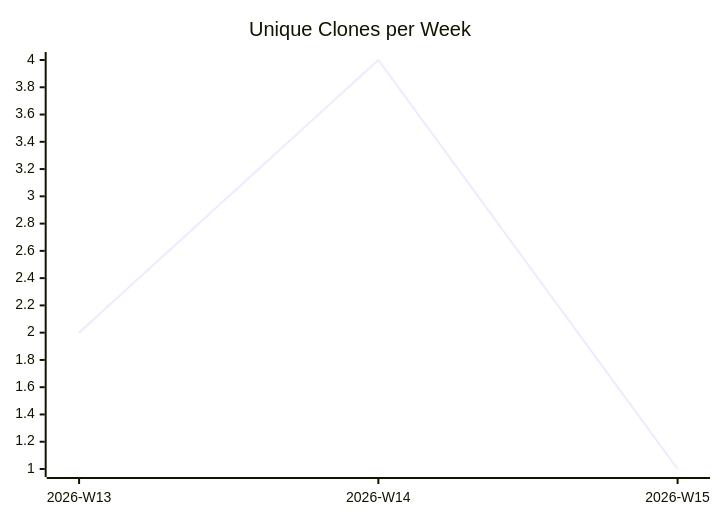
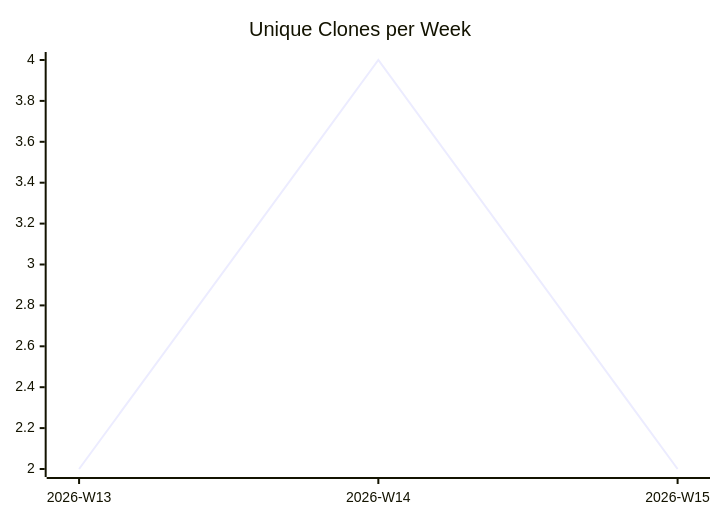
The third of 3 diagrams in karlmdavis/workstation-base-ansible-role/README.md (justdavis-family/github-analytics-data), drawn with Mermaid before and after one commit. The commit also changed other lines of this file and 192 other files, not shown here.

````diff
--- a/karlmdavis/workstation-base-ansible-role/README.md
+++ b/karlmdavis/workstation-base-ansible-role/README.md
@@ -19,6 +19,6 @@
 ```mermaid
 xychart-beta
   title "Unique Clones per Week"
   x-axis ["2026-W13", "2026-W14", "2026-W15"]
-  line [2, 4, 1]
+  line [2, 4, 2]
 ```
````
